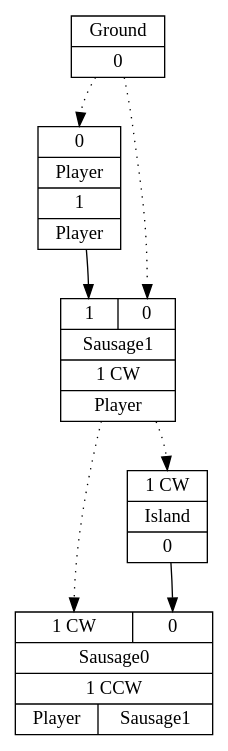
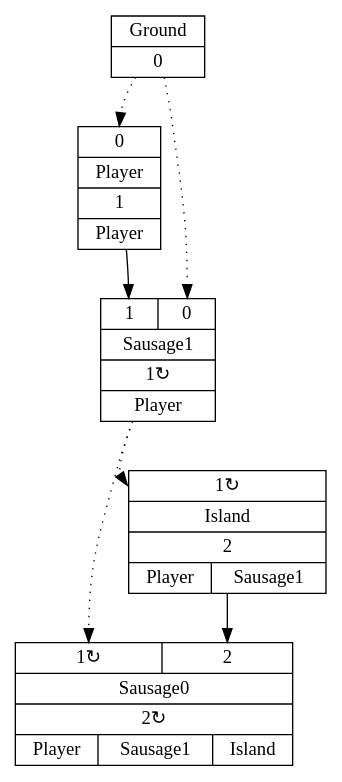
One commit to increpare/AbstractPropagationSim changed the diagram in mid/15/graph_4.gv. Above: the diagram before and after it, drawn with Graphviz. The commit also changed 106 other files, not shown here.

```diff
--- a/mid/15/graph_4.gv
+++ b/mid/15/graph_4.gv
@@ -1,14 +1,14 @@
 digraph G {
 node [shape=record];
 Player[ label ="{{<GroundP>0}|{Player}|<PlayerOUT>1|{Player}}"];
 Ground[ label ="{{Ground}|<GroundOUT>0}"];
-Sausage1[ label ="{{<Player>1|<GroundP>0}|{Sausage1}|<Sausage1OUT>1 CW|{Player}}"];
-Sausage0[ label ="{{<Sausage1P>1 CW|<Island>0}|{Sausage0}|<Sausage0OUT>1 CCW|{Player|Sausage1}}"];
-Island[ label ="{{<Sausage1P>1 CW}|{Island}|<IslandOUT>0}"];
+Sausage1[ label ="{{<Player>1|<GroundP>0}|{Sausage1}|<Sausage1OUT>1&#8635;|{Player}}"];
+Sausage0[ label ="{{<Sausage1P>1&#8635;|<Island>2}|{Sausage0}|<Sausage0OUT>2&#8635;|{Player|Sausage1|Island}}"];
+Island[ label ="{{<Sausage1P>1&#8635;}|{Island}|<IslandOUT>2|{Player|Sausage1}}"];
 	"Ground" -> "Player":GroundP [style=dotted];
 	"Player" -> "Sausage1":Player;
 	"Ground" -> "Sausage1":GroundP [style=dotted];
 	"Sausage1" -> "Sausage0":Sausage1P [style=dotted];
 	"Sausage1" -> "Island":Sausage1P [style=dotted];
 	"Island" -> "Sausage0":Island;
 }
```
